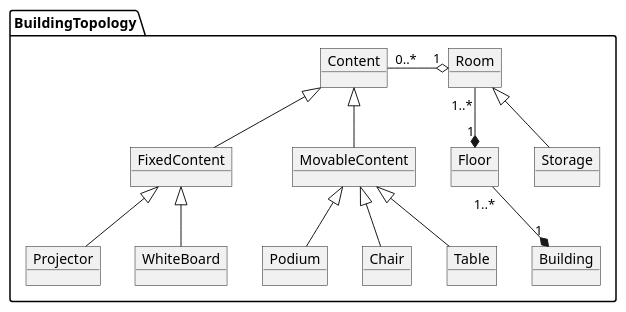
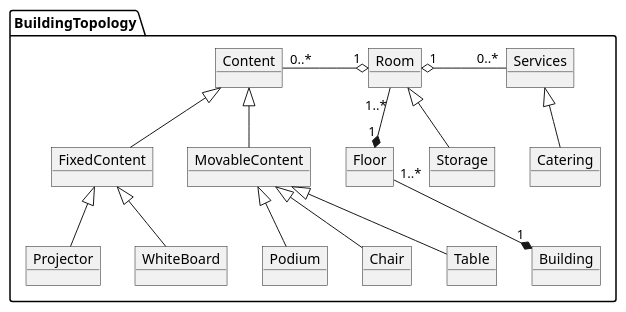
The diagram in docs/uml/object.puml (BBKbeam/mtRooms), drawn with PlantUML before and after one commit.

Commit message:
[UML] Added services to the rooms

```diff
--- a/docs/uml/object.puml
+++ b/docs/uml/object.puml
@@ -1,34 +1,40 @@
 @startuml
 
 package BuildingTopology {
     object Building
     object Floor
     object Room
+
+    object Services
+    object Catering
+
     object Content
     object MovableContent
     object FixedContent
     object Storage
     object Chair
     object Table
     object Podium
     object WhiteBoard
     object Projector
 
     MovableContent -up-|> Content
     Chair -up-|> MovableContent
     Table -up-|> MovableContent
     Podium -up-|> MovableContent
 
     FixedContent -up-|> Content
     WhiteBoard -up-|> FixedContent
     Projector -up-|> FixedContent
 
     Content "0..*" -right-o "1" Room
+    Services "0..*" -left-o "1" Room
+    Catering -up-|> Services
 
     Floor "1..*" -down-* "1" Building
     Room "1..*" -down-* "1" Floor
     Storage -up-|> Room
 }
 
 
 @enduml
```
